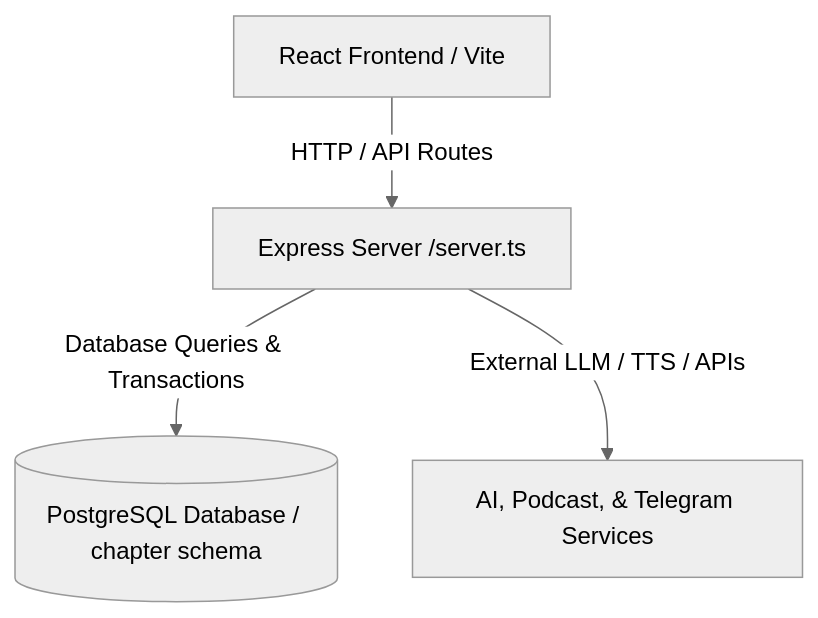
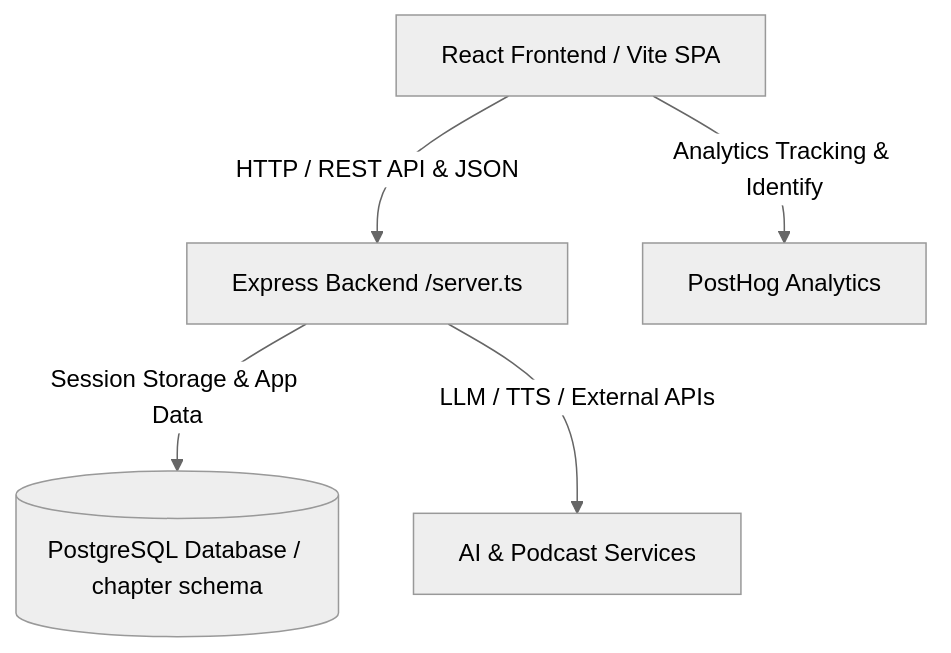
Before and after one commit to tuanhuytruong/chapter: the diagram in openwiki/architecture/overview.md, drawn with Mermaid (neutral theme). The commit also changed other lines of this file and 18 other files, not shown here.

````diff
--- a/openwiki/architecture/overview.md
+++ b/openwiki/architecture/overview.md
@@ -21,6 +23,7 @@
 ```mermaid
 flowchart TD
-    Client[React Frontend / Vite] -->|HTTP / API Routes| Server[Express Server /server.ts]
-    Server -->|Database Queries & Transactions| DB[(PostgreSQL Database / chapter schema)]
-    Server -->|External LLM / TTS / APIs| AI[AI, Podcast, & Telegram Services]
+    Client[React Frontend / Vite SPA] -->|HTTP / REST API & JSON| Server[Express Backend /server.ts]
+    Server -->|Session Storage & App Data| DB[(PostgreSQL Database / chapter schema)]
+    Server -->|LLM / TTS / External APIs| AI[AI & Podcast Services]
+    Client -->|Analytics Tracking & Identify| PH[PostHog Analytics]
 ```
````
